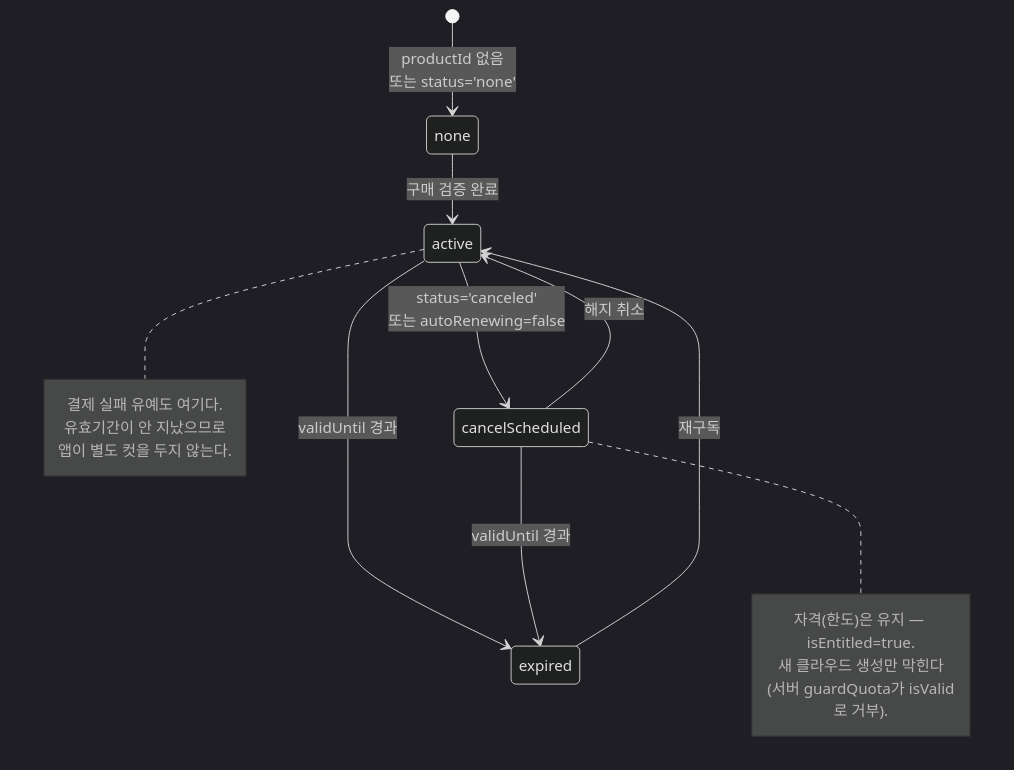
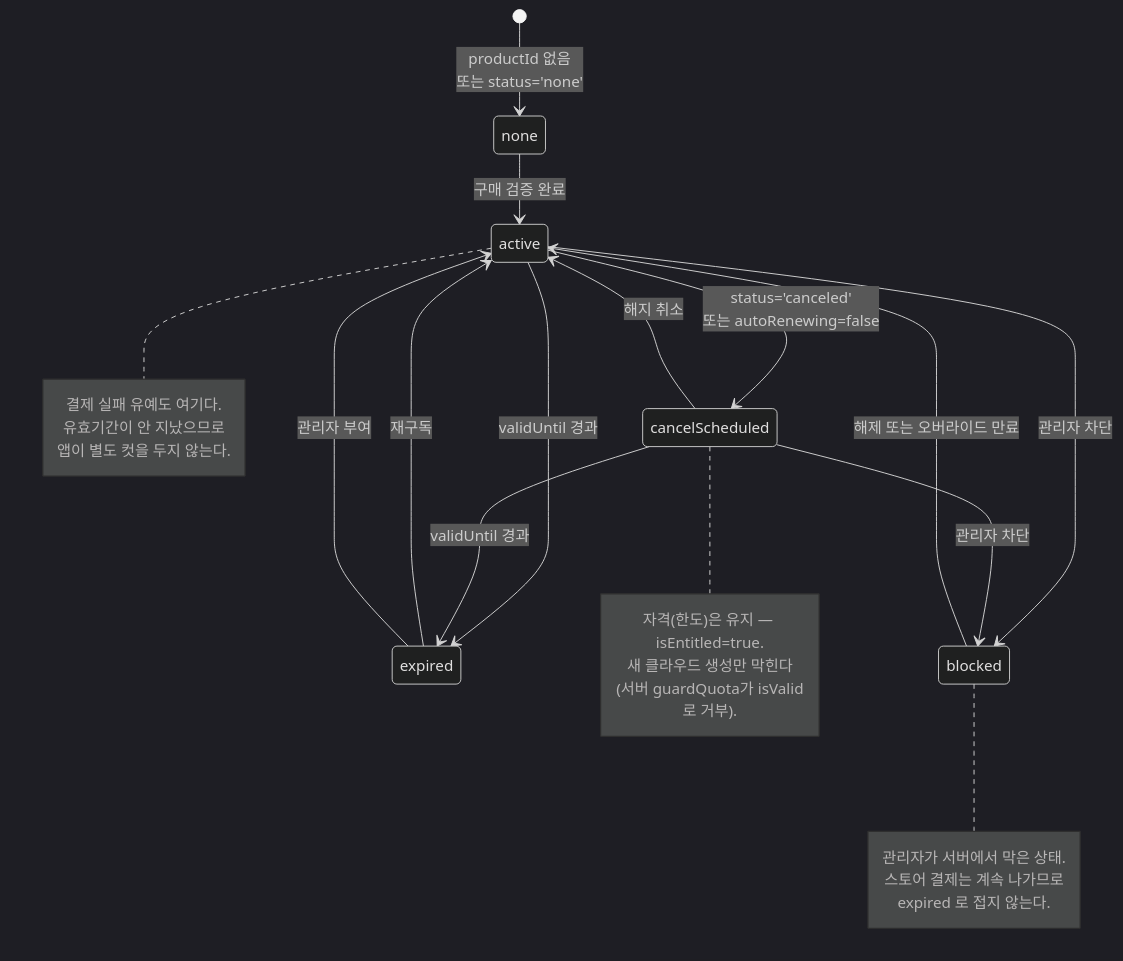
The second of 4 diagrams in apps/web/docs/feature/subscription/tier-and-quota.md (lemoncloud-io/dou-app), drawn with Mermaid (dark theme) before and after one commit. The commit also changed other lines of this file and 33 other files, not shown here.

````diff
--- a/apps/web/docs/feature/subscription/tier-and-quota.md
+++ b/apps/web/docs/feature/subscription/tier-and-quota.md
@@ -216,22 +218,33 @@
 ```mermaid
 stateDiagram-v2
     [*] --> none: productId 없음<br/>또는 status='none'
     none --> active: 구매 검증 완료
     active --> cancelScheduled: status='canceled'<br/>또는 autoRenewing=false
     active --> expired: validUntil 경과
     cancelScheduled --> expired: validUntil 경과
     cancelScheduled --> active: 해지 취소
     expired --> active: 재구독
+
+    expired --> active: 관리자 부여
+    active --> blocked: 관리자 차단
+    cancelScheduled --> blocked: 관리자 차단
+    blocked --> active: 해제 또는 오버라이드 만료
+
+    note right of blocked
+        관리자가 서버에서 막은 상태.
+        스토어 결제는 계속 나가므로
+        expired 로 접지 않는다.
+    end note
 
     note right of active
         결제 실패 유예도 여기다.
         유효기간이 안 지났으므로
         앱이 별도 컷을 두지 않는다.
     end note
 
     note right of cancelScheduled
         자격(한도)은 유지 — isEntitled=true.
         새 클라우드 생성만 막힌다
         (서버 guardQuota가 isValid로 거부).
     end note
 ```
````
